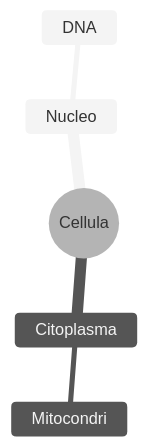
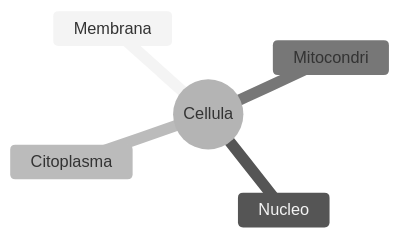
One commit to Terbiz/lectureai changed the third of 8 diagrams in static/skills/schemi-mermaid.md. Above: the diagram before and after it, drawn with Mermaid (neutral theme). The commit also changed other lines of this file and 6 other files, not shown here.

````diff
--- a/static/skills/schemi-mermaid.md
+++ b/static/skills/schemi-mermaid.md
@@ -61,8 +64,8 @@
 ```mermaid
 mindmap
   root((Cellula))
+    Membrana
     Nucleo
-      DNA
     Citoplasma
-      Mitocondri
+    Mitocondri
 ```
````
